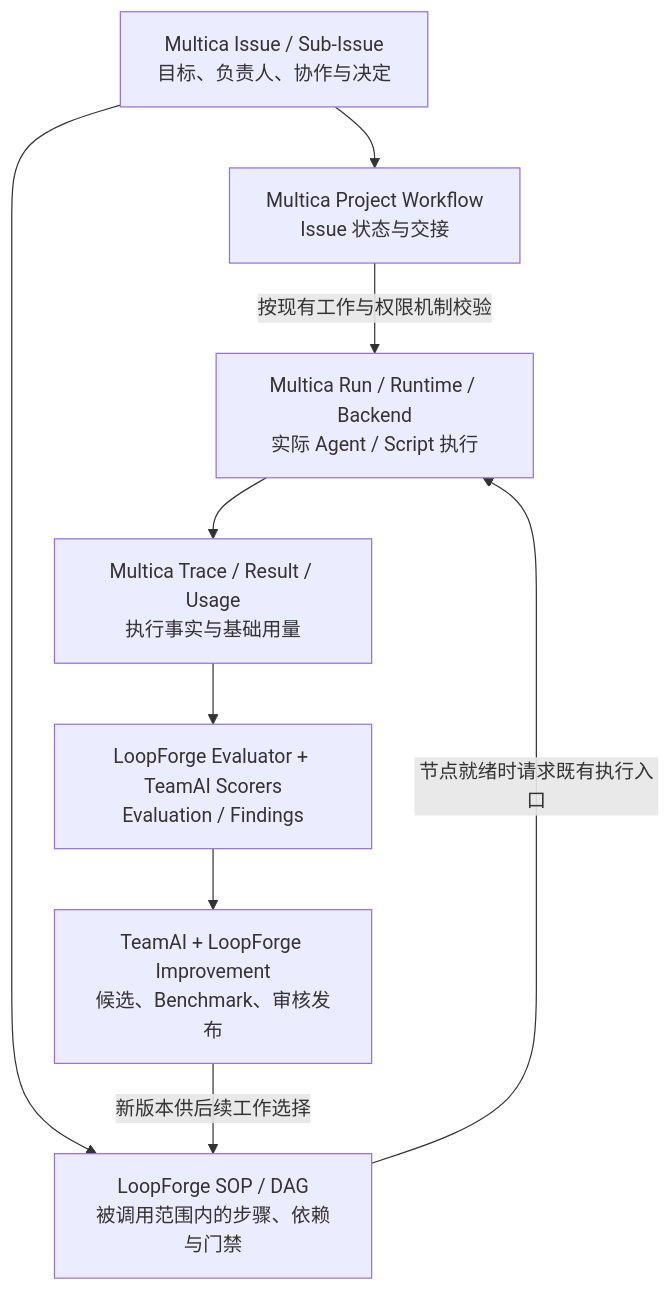
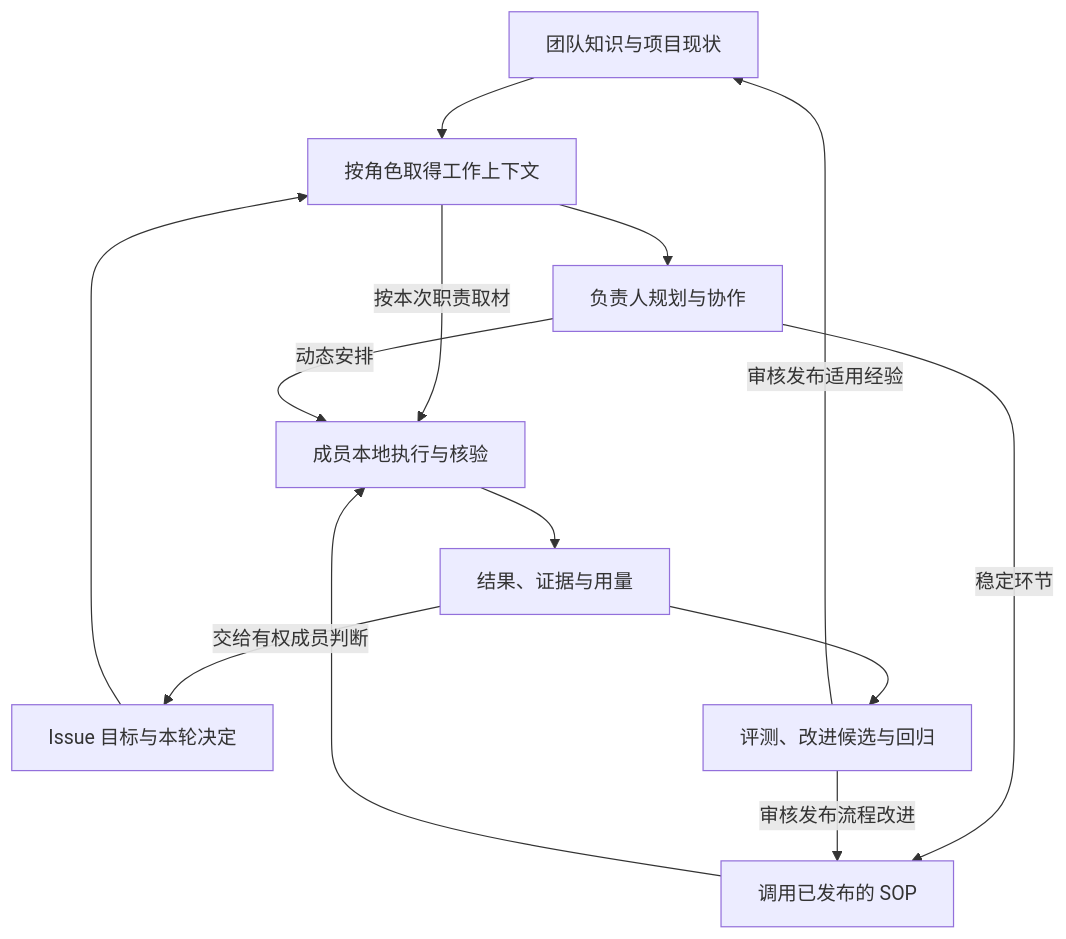
The diagram in docs/architecture/overview.md (ScWen7/Issues), drawn with Mermaid before and after one commit. The commit also changed other lines of this file and 3 other files, not shown here.

````diff
--- a/docs/architecture/overview.md
+++ b/docs/architecture/overview.md
@@ -56,16 +68,15 @@
 ```mermaid
 flowchart TD
-    I["Multica Issue / Sub-Issue<br/>目标、负责人、协作与决定"]
-    W["Multica Project Workflow<br/>Issue 状态与交接"]
-    S["LoopForge SOP / DAG<br/>被调用范围内的步骤、依赖与门禁"]
-    R["Multica Run / Runtime / Backend<br/>实际 Agent / Script 执行"]
-    T["Multica Trace / Result / Usage<br/>执行事实与基础用量"]
-    E["LoopForge Evaluator + TeamAI Scorers<br/>Evaluation / Findings"]
-    A["TeamAI + LoopForge Improvement<br/>候选、Benchmark、审核发布"]
-    I --> W
-    I --> S
-    S -->|节点就绪时请求既有执行入口| R
-    W -->|按现有工作与权限机制校验| R
-    R --> T --> E --> A
-    A -->|新版本供后续工作选择| S
+    K["团队知识与项目现状"] --> C["按角色取得工作上下文"]
+    I["Issue 目标与本轮决定"] --> C
+    C --> W["负责人规划与协作"]
+    C -->|按本次职责取材| R["成员本地执行与核验"]
+    W -->|动态安排| R
+    W -->|稳定环节| S["调用已发布的 SOP"]
+    S --> R
+    R --> E["结果、证据与用量"]
+    E -->|交给有权成员判断| I
+    E --> A["评测、改进候选与回归"]
+    A -->|审核发布适用经验| K
+    A -->|审核发布流程改进| S
 ```
````
